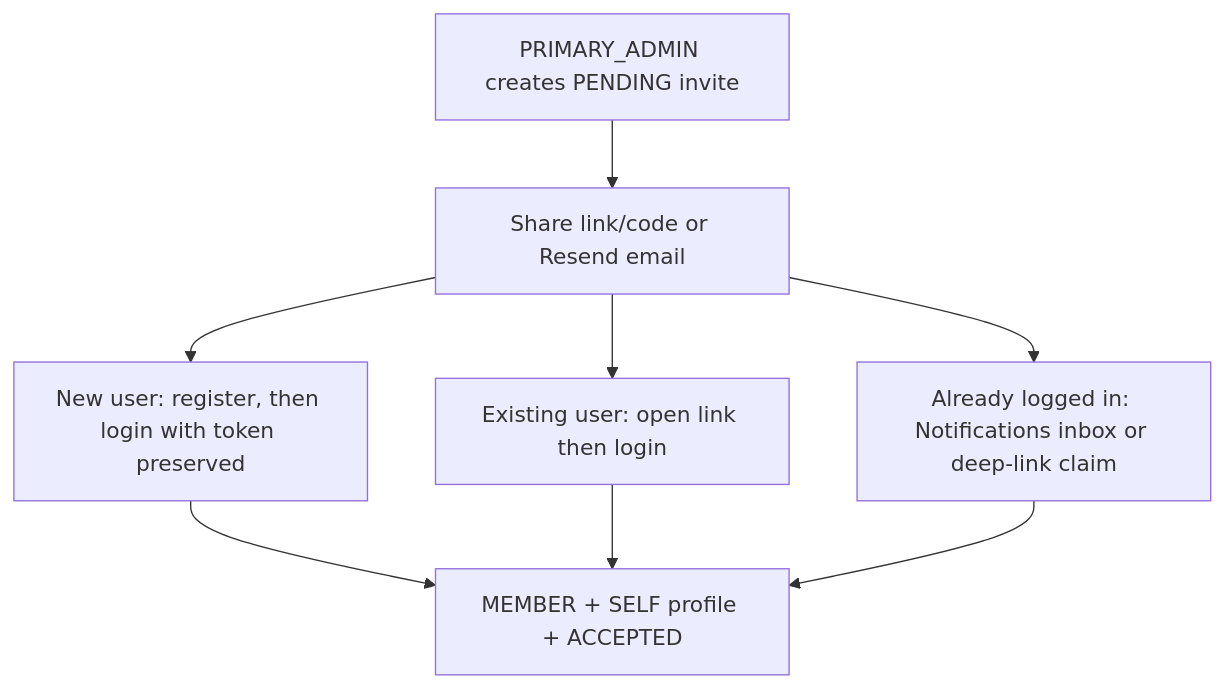
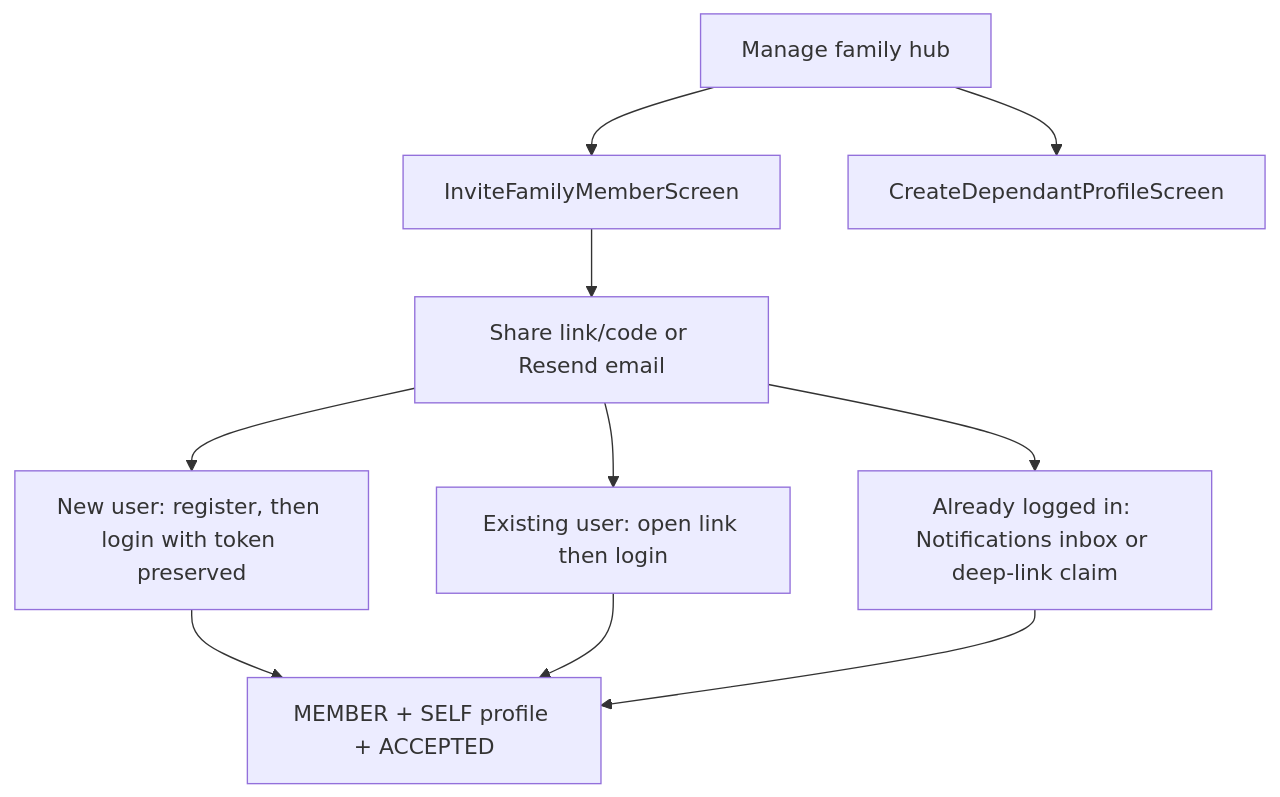
Before and after one commit to CanMakan-Team/CanMakan: the diagram in client/mobile/app/src/main/java/sg/edu/nus/iss/canmakan/features/family/README.md, drawn with Mermaid. The commit also changed other lines of this file and 10 other files, not shown here.

Commit message:
move family management forms to a hub

````diff
--- a/client/mobile/app/src/main/java/sg/edu/nus/iss/canmakan/features/family/README.md
+++ b/client/mobile/app/src/main/java/sg/edu/nus/iss/canmakan/features/family/README.md
@@ -35,10 +40,12 @@
 ```mermaid
 flowchart TD
-  Admin[PRIMARY_ADMIN creates PENDING invite] --> Share[Share link/code or Resend email]
+  Hub[Manage family hub] --> Invite[InviteFamilyMemberScreen]
+  Hub --> Dependant[CreateDependantProfileScreen]
+  Invite --> Share[Share link/code or Resend email]
   Share --> PathA[New user: register, then login with token preserved]
   Share --> PathB[Existing user: open link then login]
   Share --> PathC[Already logged in: Notifications inbox or deep-link claim]
   PathA --> Join[MEMBER + SELF profile + ACCEPTED]
   PathB --> Join
   PathC --> Join
 ```
````
